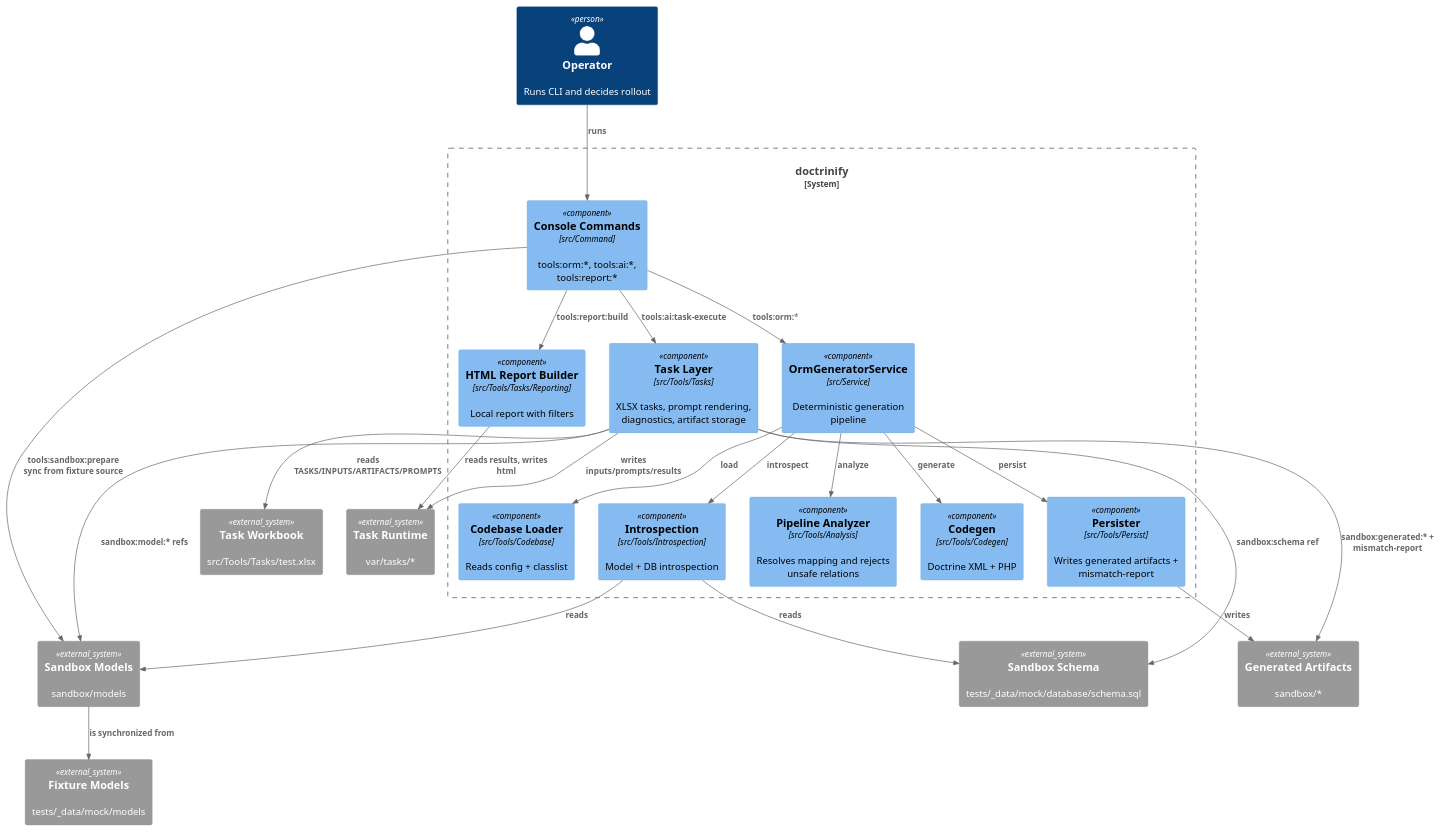
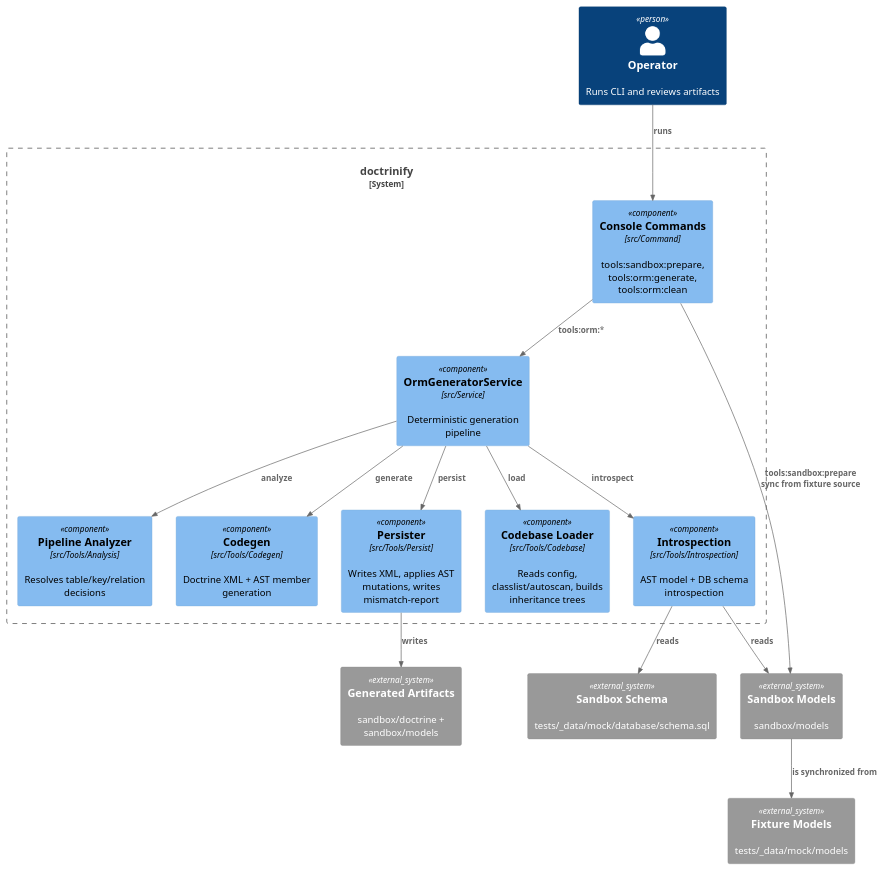
The diagram in docs/component.puml (proger4/doctrinify), drawn with PlantUML before and after one commit. The commit also changed 68 other files, not shown here.

```diff
--- a/docs/component.puml
+++ b/docs/component.puml
@@ -1,53 +1,38 @@
 @startuml
 !include <C4/C4_Component>
 !include <C4/C4_Context>
 
-Person(dev, "Operator", "Runs CLI and decides rollout")
+Person(dev, "Operator", "Runs CLI and reviews artifacts")
 
 System_Boundary(tool, "doctrinify") {
-    Component(cli, "Console Commands", "src/Command", "tools:orm:*, tools:ai:*, tools:report:*")
+    Component(cli, "Console Commands", "src/Command", "tools:sandbox:prepare, tools:orm:generate, tools:orm:clean")
     Component(ormSvc, "OrmGeneratorService", "src/Service", "Deterministic generation pipeline")
 
-    Component(codebase, "Codebase Loader", "src/Tools/Codebase", "Reads config + classlist")
-    Component(intro, "Introspection", "src/Tools/Introspection", "Model + DB introspection")
-    Component(analyze, "Pipeline Analyzer", "src/Tools/Analysis", "Resolves mapping and rejects unsafe relations")
-    Component(codegen, "Codegen", "src/Tools/Codegen", "Doctrine XML + PHP")
-    Component(persist, "Persister", "src/Tools/Persist", "Writes generated artifacts + mismatch-report")
-
-    Component(tasks, "Task Layer", "src/Tools/Tasks", "XLSX tasks, prompt rendering, diagnostics, artifact storage")
-    Component(report, "HTML Report Builder", "src/Tools/Tasks/Reporting", "Local report with filters")
+    Component(codebase, "Codebase Loader", "src/Tools/Codebase", "Reads config, classlist/autoscan, builds inheritance trees")
+    Component(intro, "Introspection", "src/Tools/Introspection", "AST model + DB schema introspection")
+    Component(analyze, "Pipeline Analyzer", "src/Tools/Analysis", "Resolves table/key/relation decisions")
+    Component(codegen, "Codegen", "src/Tools/Codegen", "Doctrine XML + AST member generation")
+    Component(persist, "Persister", "src/Tools/Persist", "Writes XML, applies AST mutations, writes mismatch-report")
 }
 
 System_Ext(models, "Sandbox Models", "sandbox/models")
 System_Ext(fixtures, "Fixture Models", "tests/_data/mock/models")
 System_Ext(schema, "Sandbox Schema", "tests/_data/mock/database/schema.sql")
-System_Ext(genFs, "Generated Artifacts", "sandbox/*")
-System_Ext(taskBook, "Task Workbook", "src/Tools/Tasks/test.xlsx")
-System_Ext(taskFs, "Task Runtime", "var/tasks/*")
+System_Ext(genFs, "Generated Artifacts", "sandbox/doctrine + sandbox/models")
 
 Rel(dev, cli, "runs")
 Rel(cli, models, "tools:sandbox:prepare sync from fixture source")
 Rel(models, fixtures, "is synchronized from")
 
 Rel(cli, ormSvc, "tools:orm:*")
 Rel(ormSvc, codebase, "load")
 Rel(ormSvc, intro, "introspect")
 Rel(ormSvc, analyze, "analyze")
 Rel(ormSvc, codegen, "generate")
 Rel(ormSvc, persist, "persist")
 
 Rel(intro, models, "reads")
 Rel(intro, schema, "reads")
 Rel(persist, genFs, "writes")
 
-Rel(cli, tasks, "tools:ai:task-execute")
-Rel(tasks, taskBook, "reads TASKS/INPUTS/ARTIFACTS/PROMPTS")
-Rel(tasks, models, "sandbox:model:* refs")
-Rel(tasks, schema, "sandbox:schema ref")
-Rel(tasks, genFs, "sandbox:generated:* + mismatch-report")
-Rel(tasks, taskFs, "writes inputs/prompts/results")
-
-Rel(cli, report, "tools:report:build")
-Rel(report, taskFs, "reads results, writes html")
-
 @enduml
```
